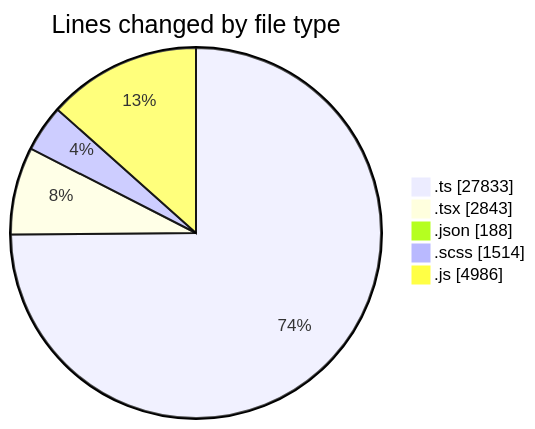
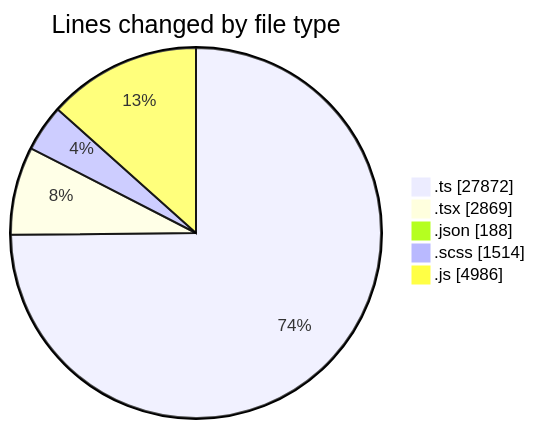
The first of 2 diagrams in 2026-05-07/cda/README.md (momahboobian/code-tracking), drawn with Mermaid before and after one commit. The commit also changed other lines of this file and 1 other file, not shown here.

````diff
--- a/2026-05-07/cda/README.md
+++ b/2026-05-07/cda/README.md
@@ -52,9 +53,9 @@
 ```mermaid
 pie showData
 title Lines changed by file type
-".ts" : 27833
-".tsx" : 2843
+".ts" : 27872
+".tsx" : 2869
 ".json" : 188
 ".scss" : 1514
 ".js" : 4986
 ```
````
